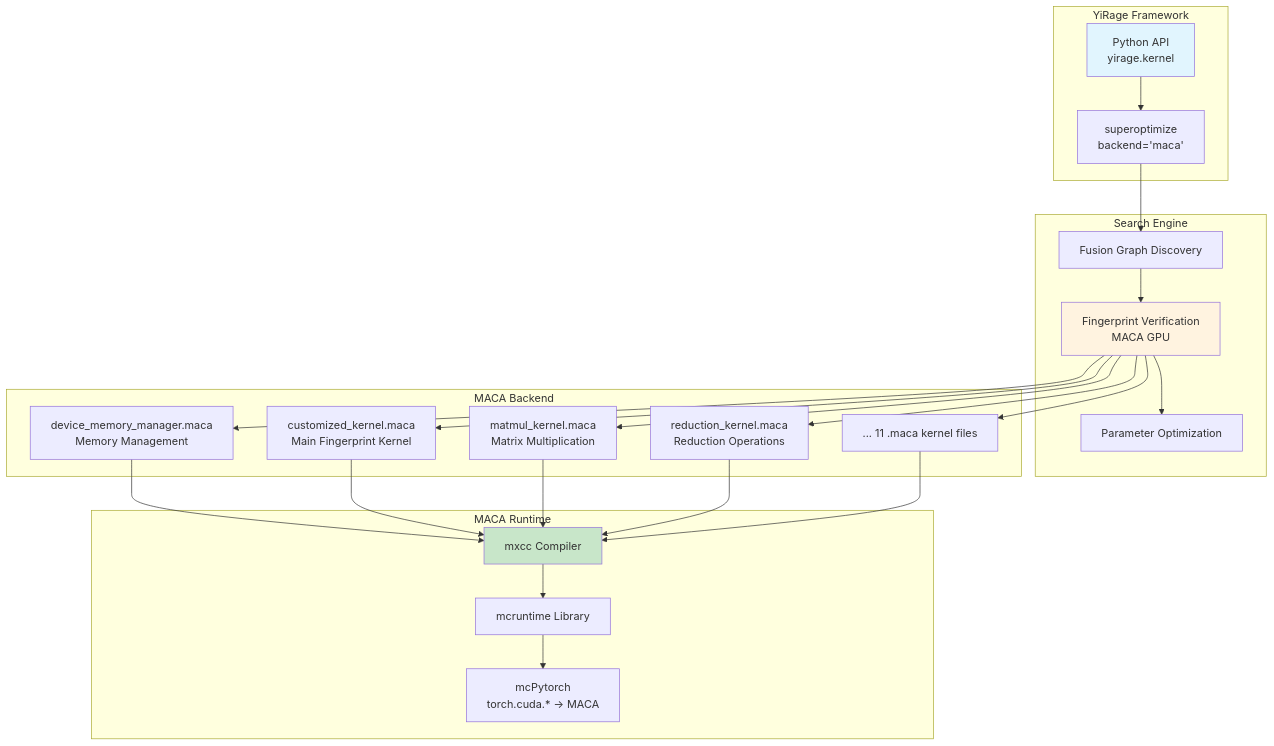
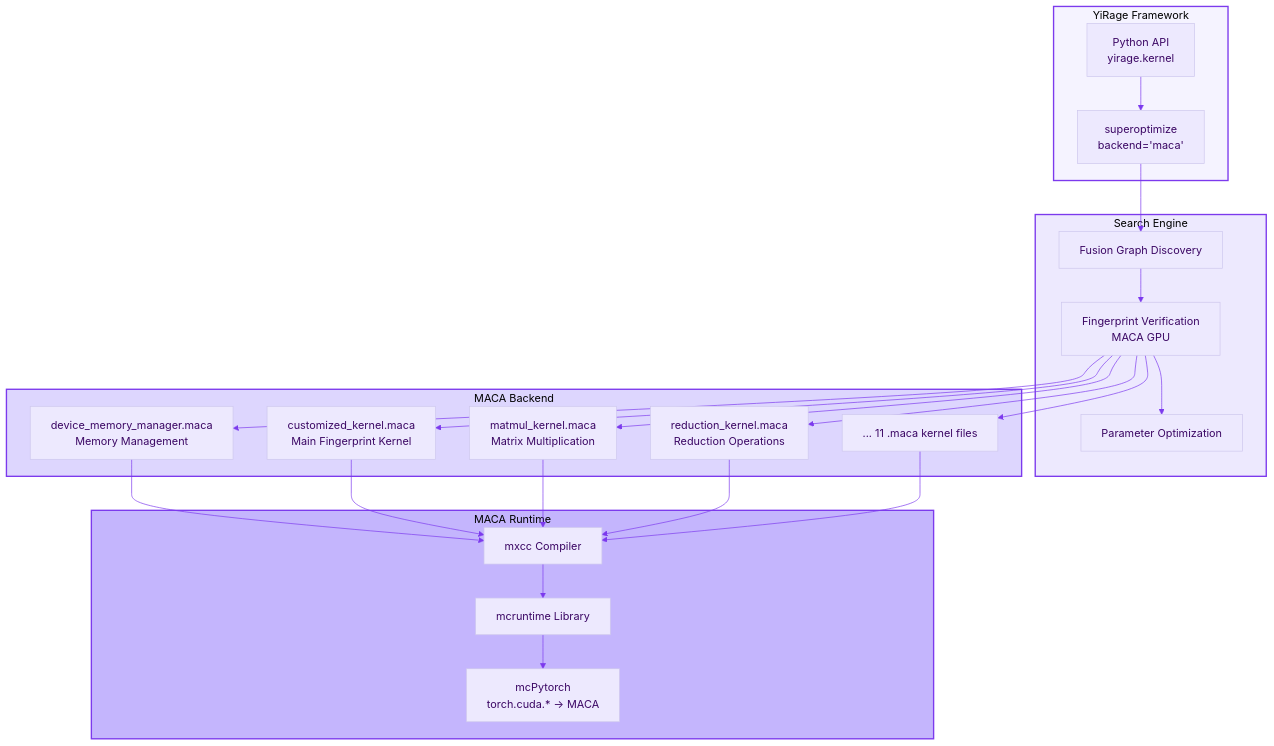
Before and after one commit to chenxingqiang/YiRage: the first of 2 diagrams in docs/maca_complete_guide.md, drawn with Mermaid. The commit also changed other lines of this file and 9 other files, not shown here.

First line of the commit message:
style: unify Mermaid diagrams to minimal purple theme

````diff
--- a/docs/maca_complete_guide.md
+++ b/docs/maca_complete_guide.md
@@ -35,35 +35,37 @@
 ```mermaid
+%%{init: {'theme': 'base', 'themeVariables': { 'primaryColor': '#ede9fe', 'primaryTextColor': '#3b0764', 'lineColor': '#7c3aed'}}}%%
 graph TB
-    subgraph "YiRage Framework"
+    subgraph YIRAGE["YiRage Framework"]
         A[Python API<br/>yirage.kernel]
         B[superoptimize<br/>backend='maca']
     end
 
-    subgraph "Search Engine"
+    subgraph SEARCH["Search Engine"]
         C[Fusion Graph Discovery]
         D[Fingerprint Verification<br/>MACA GPU]
         E[Parameter Optimization]
     end
 
-    subgraph "MACA Backend"
+    subgraph BACKEND["MACA Backend"]
         F[device_memory_manager.maca<br/>Memory Management]
         G[customized_kernel.maca<br/>Main Fingerprint Kernel]
         H[matmul_kernel.maca<br/>Matrix Multiplication]
         I[reduction_kernel.maca<br/>Reduction Operations]
         J[... 11 .maca kernel files]
     end
 
-    subgraph "MACA Runtime"
+    subgraph RUNTIME["MACA Runtime"]
         K[mxcc Compiler]
         L[mcruntime Library]
         M[mcPytorch<br/>torch.cuda.* → MACA]
     end
 
     A --> B --> C --> D --> E
     D --> F & G & H & I & J
     F & G & H & I & J --> K --> L --> M
 
-    style A fill:#e1f5fe
-    style D fill:#fff3e0
-    style K fill:#c8e6c9
+    style YIRAGE fill:#f5f3ff,stroke:#7c3aed,stroke-width:2px
+    style SEARCH fill:#ede9fe,stroke:#7c3aed,stroke-width:2px
+    style BACKEND fill:#ddd6fe,stroke:#7c3aed,stroke-width:2px
+    style RUNTIME fill:#c4b5fd,stroke:#7c3aed,stroke-width:2px
 ```
````
